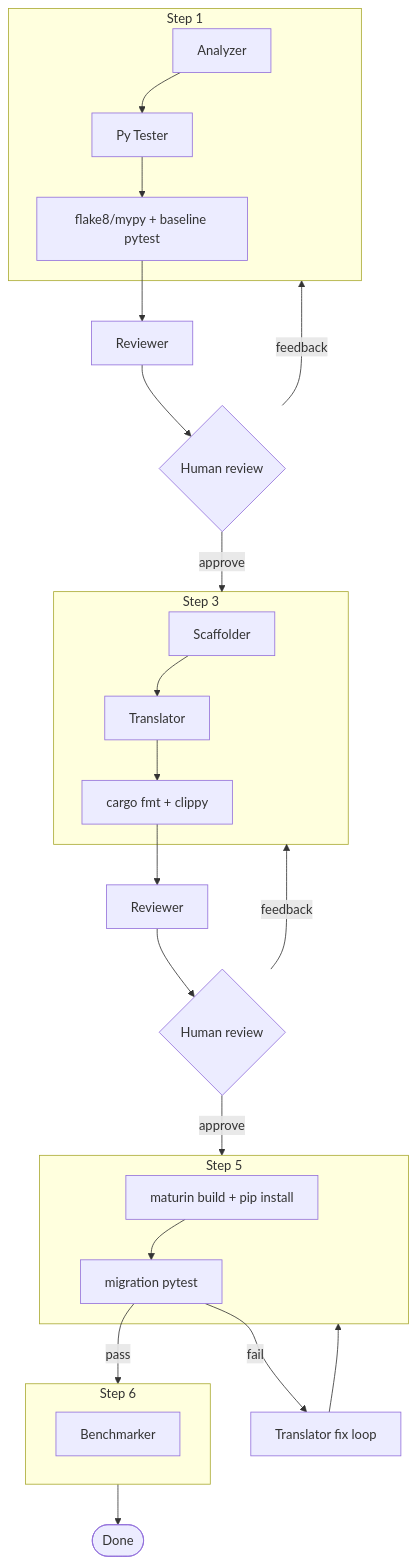
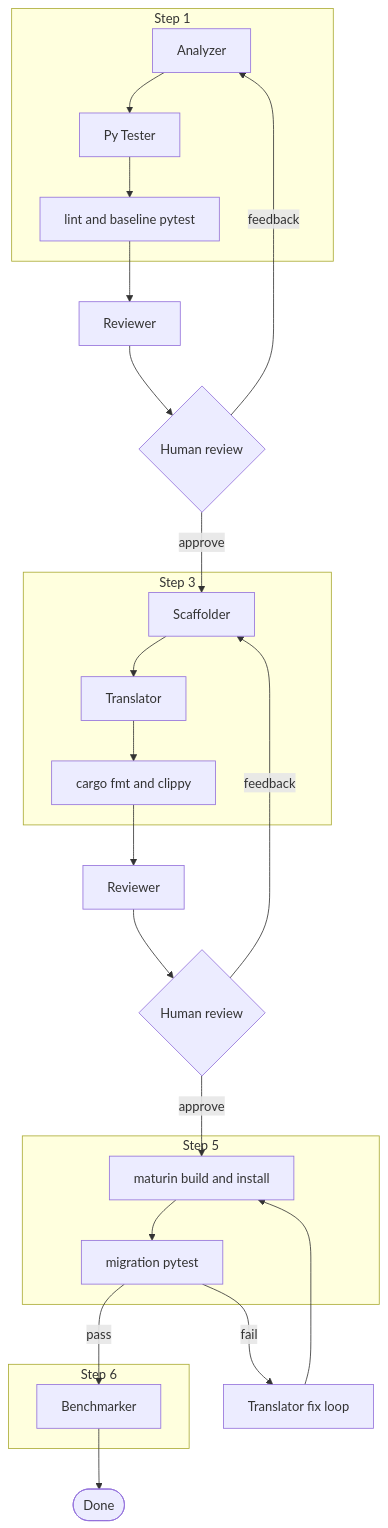
The ninth of 11 diagrams in README.md (Haaparanta/AaltoAI-Ai-For-Good), drawn with Mermaid before and after one commit. The commit also changed other lines of this file and 4 other files, not shown here.

````diff
--- a/README.md
+++ b/README.md
@@ -349,31 +351,27 @@
 ```mermaid
 flowchart TD
     subgraph step1["Step 1"]
         A1[Analyzer] --> A2[Py Tester]
-        A2 --> G1[flake8/mypy + baseline pytest]
+        A2 --> G1["lint and baseline pytest"]
     end
-    G1 --> R1[Reviewer] --> H1{Human review}
-    H1 -->|approve| step3
-    H1 -->|feedback| step1
-
     subgraph step3["Step 3"]
         S1[Scaffolder] --> S2[Translator]
-        S2 --> G2[cargo fmt + clippy]
+        S2 --> G2["cargo fmt and clippy"]
     end
-    G2 --> R2[Reviewer] --> H2{Human review}
-    H2 -->|approve| step5
-    H2 -->|feedback| step3
-
     subgraph step5["Step 5"]
-        E1[maturin build + pip install]
-        E1 --> E2[migration pytest]
+        E1["maturin build and install"] --> E2[migration pytest]
     end
-    E2 -->|fail| Fix[Translator fix loop]
-    Fix --> step5
-    E2 -->|pass| step6
-
     subgraph step6["Step 6"]
         B1[Benchmarker]
     end
-    step6 --> Done([Done])
+    G1 --> R1[Reviewer] --> H1{Human review}
+    H1 -->|approve| S1
+    H1 -->|feedback| A1
+    G2 --> R2[Reviewer] --> H2{Human review}
+    H2 -->|approve| E1
+    H2 -->|feedback| S1
+    E2 -->|fail| Fix[Translator fix loop]
+    Fix --> E1
+    E2 -->|pass| B1
+    B1 --> DoneNode([Done])
 ```
````
